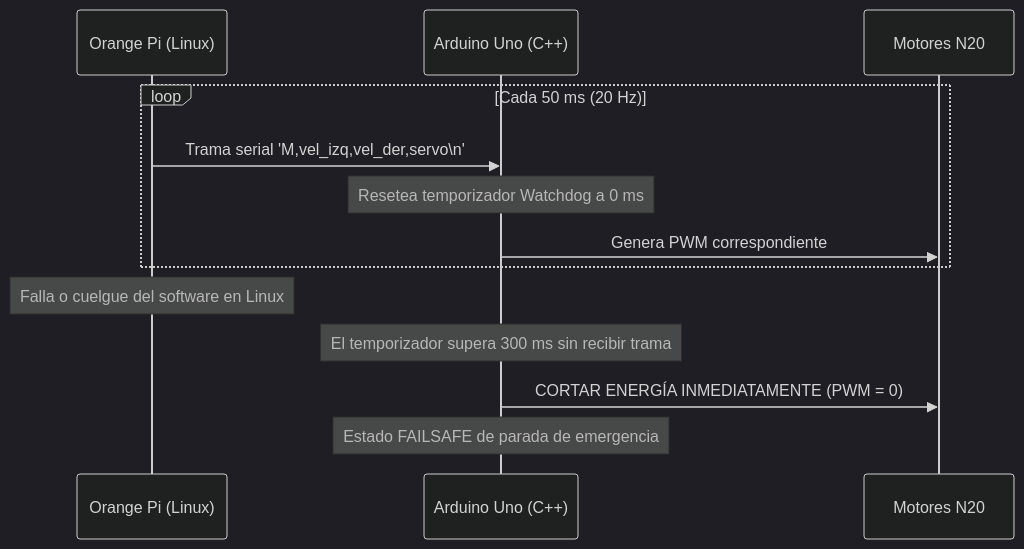
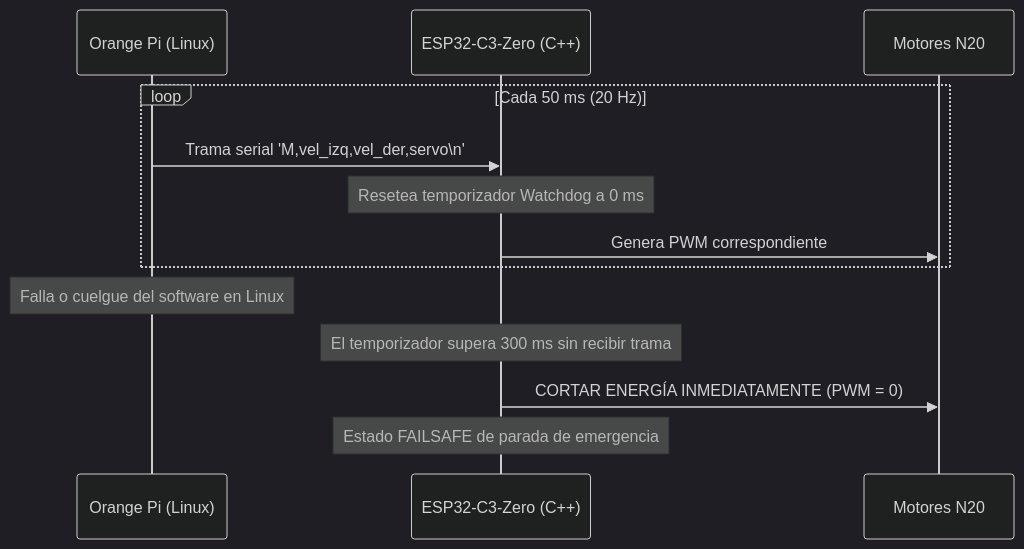
Before and after one commit to L-McQueen/Syntax-error: the second of 2 diagrams in robot-logic/README.md, drawn with Mermaid (dark theme). The commit also changed 16 other files, not shown here.

````diff
--- a/robot-logic/README.md
+++ b/robot-logic/README.md
@@ -288,17 +288,17 @@
 ```mermaid
 sequenceDiagram
     participant Pi as Orange Pi (Linux)
-    participant Uno as Arduino Uno (C++)
+    participant Esp as ESP32-C3-Zero (C++)
     participant M as Motores N20
 
     loop Cada 50 ms (20 Hz)
-        Pi->>Uno: Trama serial 'M,vel_izq,vel_der,servo\n'
-        Note over Uno: Resetea temporizador Watchdog a 0 ms
-        Uno->>M: Genera PWM correspondiente
+        Pi->>Esp: Trama serial 'M,vel_izq,vel_der,servo\n'
+        Note over Esp: Resetea temporizador Watchdog a 0 ms
+        Esp->>M: Genera PWM correspondiente
     end
 
     Note over Pi: Falla o cuelgue del software en Linux
-    Note over Uno: El temporizador supera 300 ms sin recibir trama
-    Uno->>M: CORTAR ENERGÍA INMEDIATAMENTE (PWM = 0)
-    Note over Uno: Estado FAILSAFE de parada de emergencia
+    Note over Esp: El temporizador supera 300 ms sin recibir trama
+    Esp->>M: CORTAR ENERGÍA INMEDIATAMENTE (PWM = 0)
+    Note over Esp: Estado FAILSAFE de parada de emergencia
 ```
````
